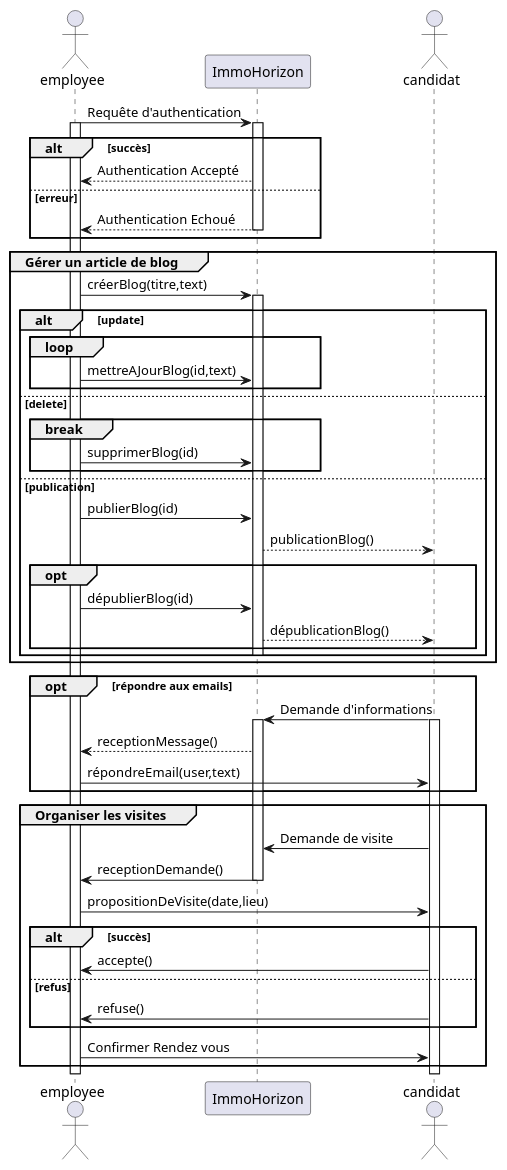
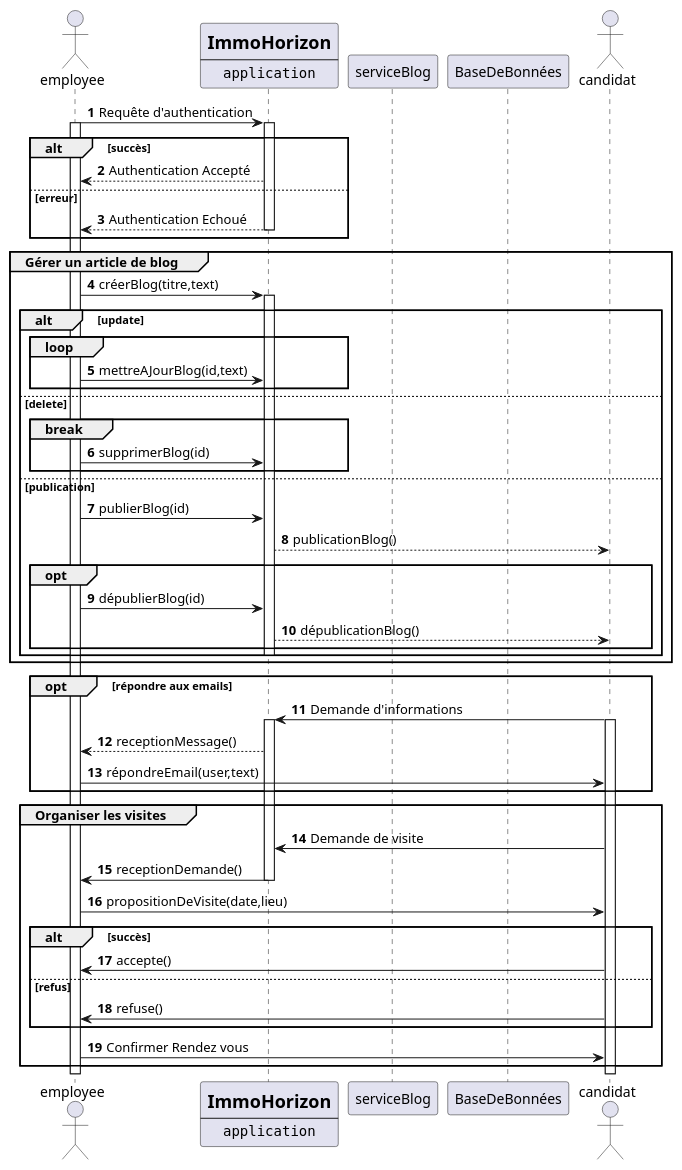
One commit to ruthadorable/ImmoHorizon changed the diagram in uml/sdActionsEmployee.puml. Above: the diagram before and after it, drawn with PlantUML. The commit also changed 76 other files, not shown here.

```diff
--- a/uml/sdActionsEmployee.puml
+++ b/uml/sdActionsEmployee.puml
@@ -1,62 +1,69 @@
 @startuml
 actor employee
-participant ImmoHorizon
+participant ImmoHorizon [
+    = ImmoHorizon
+    ----
+    ""application""
+]
+participant serviceBlog
+participant BaseDeBonnées
 actor candidat
+autonumber
 employee -> ImmoHorizon: Requête d'authentication 
 activate employee
 activate ImmoHorizon
 alt succès
     ImmoHorizon --> employee: Authentication Accepté
 else erreur
     ImmoHorizon --> employee: Authentication Echoué
     deactivate ImmoHorizon
 end
     group Gérer un article de blog 
         employee -> ImmoHorizon : créerBlog(titre,text)
         activate ImmoHorizon
         alt update
             loop 
                 employee -> ImmoHorizon: mettreAJourBlog(id,text)
             end
         else delete 
             break
             employee -> ImmoHorizon : supprimerBlog(id)
             end
         
         else publication
         employee -> ImmoHorizon: publierBlog(id)
         ImmoHorizon --> candidat: publicationBlog()
 
             opt 
 
             employee -> ImmoHorizon: dépublierBlog(id)
             ImmoHorizon --> candidat: dépublicationBlog()
             end
         
         deactivate ImmoHorizon
         end
     end
     opt répondre aux emails
         candidat -> ImmoHorizon: Demande d'informations
         activate candidat
         activate ImmoHorizon
         ImmoHorizon --> employee: receptionMessage()
         
         employee -> candidat: répondreEmail(user,text)
     end
     group Organiser les visites
     candidat -> ImmoHorizon: Demande de visite
     ImmoHorizon -> employee: receptionDemande() 
     deactivate ImmoHorizon
     employee -> candidat : propositionDeVisite(date,lieu)
         alt succès
         candidat -> employee: accepte()
         else refus 
         candidat ->employee : refuse()
     end
     employee -> candidat : Confirmer Rendez vous
 
 end
 
 
 @enduml
```
